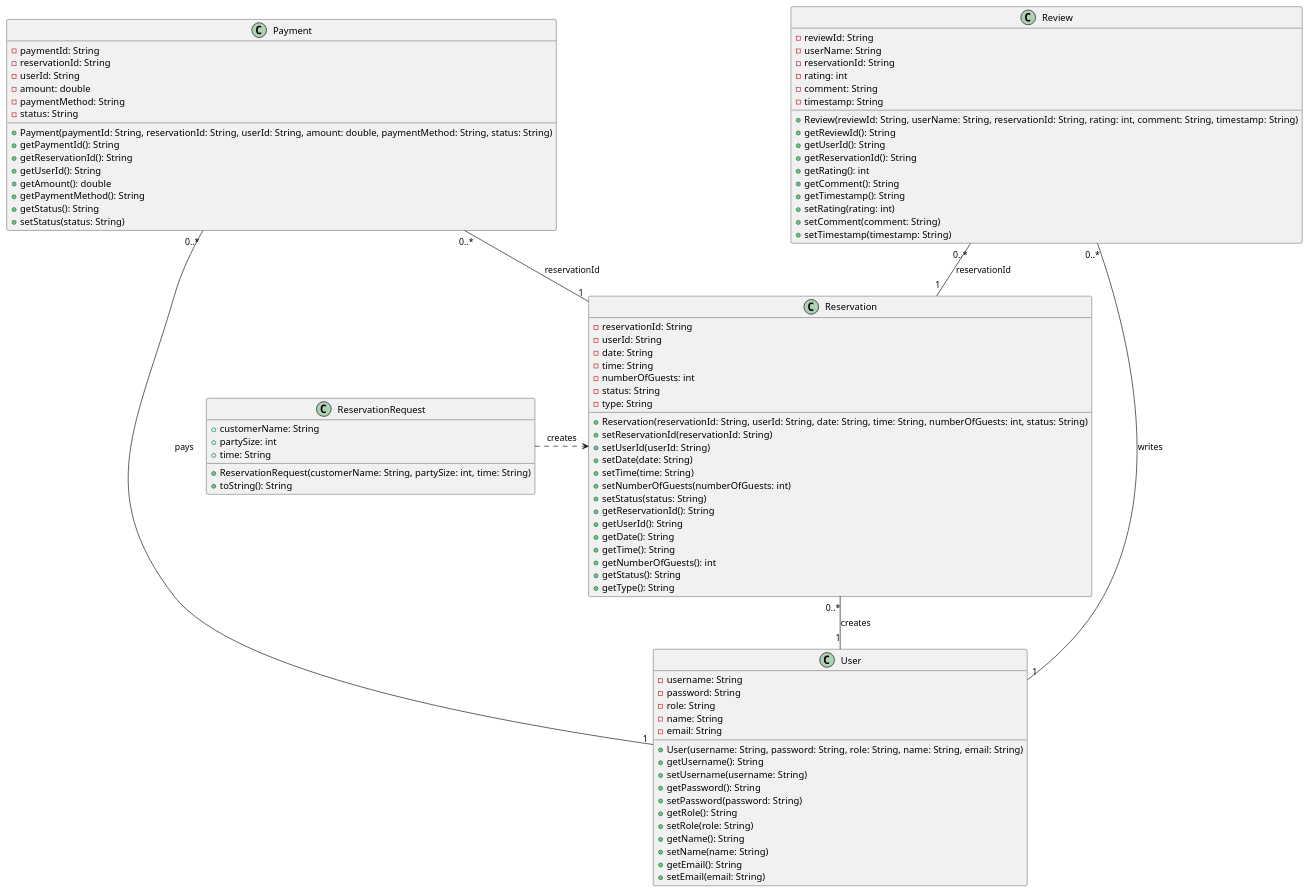
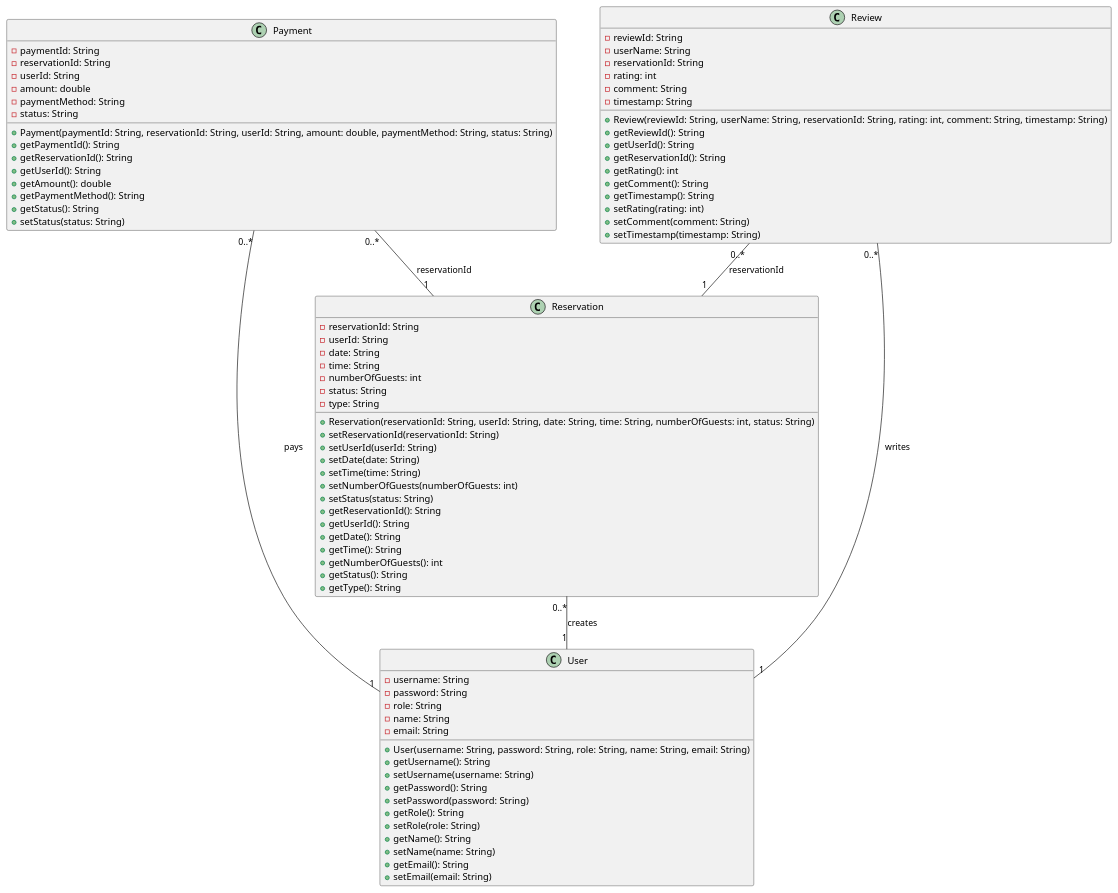
The diagram in src/Restaurant-Table-Reservation-Platform.puml (Pamindu-Rashmitha/RestaurantTableReservationPlatform-1-), drawn with PlantUML before and after one commit.

```diff
--- a/src/Restaurant-Table-Reservation-Platform.puml
+++ b/src/Restaurant-Table-Reservation-Platform.puml
@@ -1,100 +1,92 @@
 @startuml
 
 
   class Payment {
     -paymentId: String
     -reservationId: String
     -userId: String
     -amount: double
     -paymentMethod: String
     -status: String
     +Payment(paymentId: String, reservationId: String, userId: String, amount: double, paymentMethod: String, status: String)
     +getPaymentId(): String
     +getReservationId(): String
     +getUserId(): String
     +getAmount(): double
     +getPaymentMethod(): String
     +getStatus(): String
     +setStatus(status: String)
   }
 
   class Reservation {
     -reservationId: String
     -userId: String
     -date: String
     -time: String
     -numberOfGuests: int
     -status: String
     -type: String
     +Reservation(reservationId: String, userId: String, date: String, time: String, numberOfGuests: int, status: String)
     +setReservationId(reservationId: String)
     +setUserId(userId: String)
     +setDate(date: String)
     +setTime(time: String)
     +setNumberOfGuests(numberOfGuests: int)
     +setStatus(status: String)
     +getReservationId(): String
     +getUserId(): String
     +getDate(): String
     +getTime(): String
     +getNumberOfGuests(): int
     +getStatus(): String
     +getType(): String
-  }
-
-  class ReservationRequest {
-    +customerName: String
-    +partySize: int
-    +time: String
-    +ReservationRequest(customerName: String, partySize: int, time: String)
-    +toString(): String
   }
 
   class Review {
     -reviewId: String
     -userName: String
     -reservationId: String
     -rating: int
     -comment: String
     -timestamp: String
     +Review(reviewId: String, userName: String, reservationId: String, rating: int, comment: String, timestamp: String)
     +getReviewId(): String
     +getUserId(): String
     +getReservationId(): String
     +getRating(): int
     +getComment(): String
     +getTimestamp(): String
     +setRating(rating: int)
     +setComment(comment: String)
     +setTimestamp(timestamp: String)
   }
 
   class User {
     -username: String
     -password: String
     -role: String
     -name: String
     -email: String
     +User(username: String, password: String, role: String, name: String, email: String)
     +getUsername(): String
     +setUsername(username: String)
     +getPassword(): String
     +setPassword(password: String)
     +getRole(): String
     +setRole(role: String)
     +getName(): String
     +setName(name: String)
     +getEmail(): String
     +setEmail(email: String)
   }
 
   ' Associations
 Reservation "0..*" -- "1" User : creates
 Payment "0..*" -- "1" Reservation : reservationId
 Payment "0..*" -- "1" User : pays
 Review "0..*" -- "1" Reservation : reservationId
 Review "0..*" -- "1" User : writes
-ReservationRequest .> Reservation : creates
+
 
 
 @enduml
```
